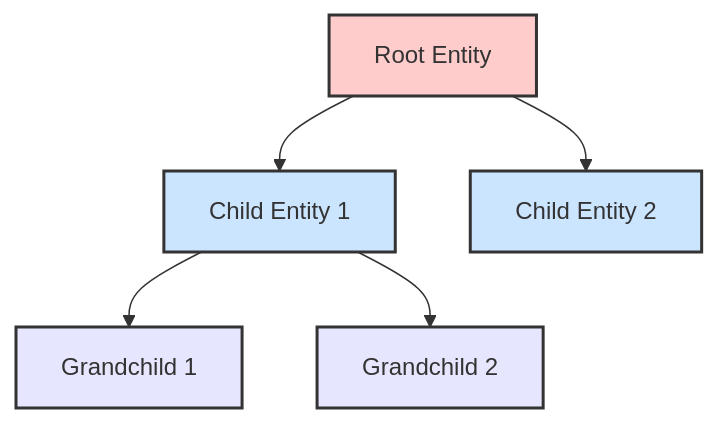
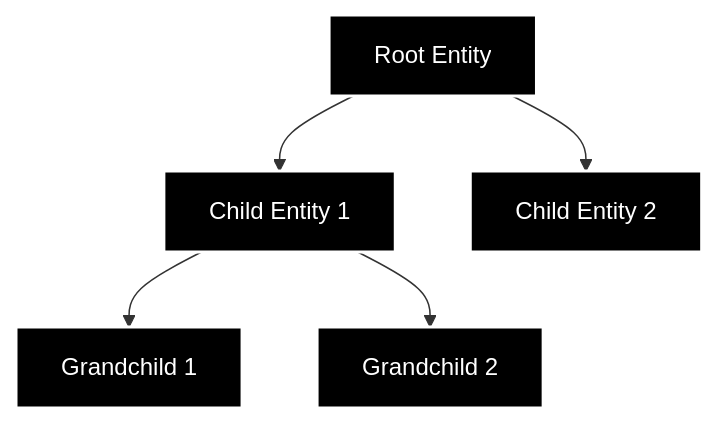
One commit to ukonpower/OREngine changed the second of 2 diagrams in docs/core/entity.md. Above: the diagram before and after it, drawn with Mermaid. The commit also changed 5 other files, not shown here.

Commit message:
docs: switch diagrams to dark theme

````diff
--- a/docs/core/entity.md
+++ b/docs/core/entity.md
@@ -51,12 +51,12 @@
 ```mermaid
 graph TD
     A[Root Entity] --> B[Child Entity 1]
     A --> C[Child Entity 2]
     B --> D[Grandchild 1]
     B --> E[Grandchild 2]
-    style A fill:#ffcccc,stroke:#333,stroke-width:2px
-    style B fill:#cce5ff,stroke:#333,stroke-width:2px
-    style C fill:#cce5ff,stroke:#333,stroke-width:2px
-    style D fill:#e6e6ff,stroke:#333,stroke-width:2px
-    style E fill:#e6e6ff,stroke:#333,stroke-width:2px
+    style A fill:#000,stroke:#fff,color:#fff,stroke-width:2px
+    style B fill:#000,stroke:#fff,color:#fff,stroke-width:2px
+    style C fill:#000,stroke:#fff,color:#fff,stroke-width:2px
+    style D fill:#000,stroke:#fff,color:#fff,stroke-width:2px
+    style E fill:#000,stroke:#fff,color:#fff,stroke-width:2px
 ```
````
